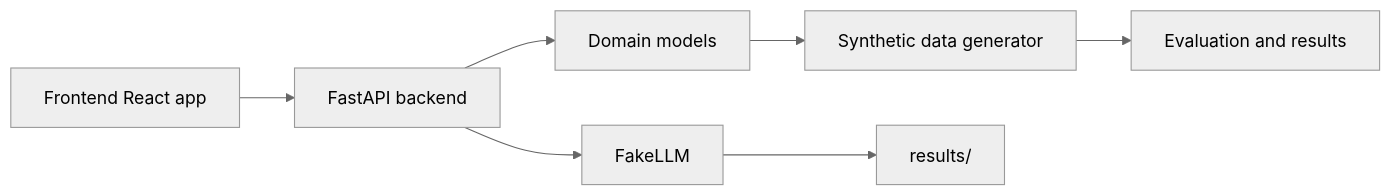
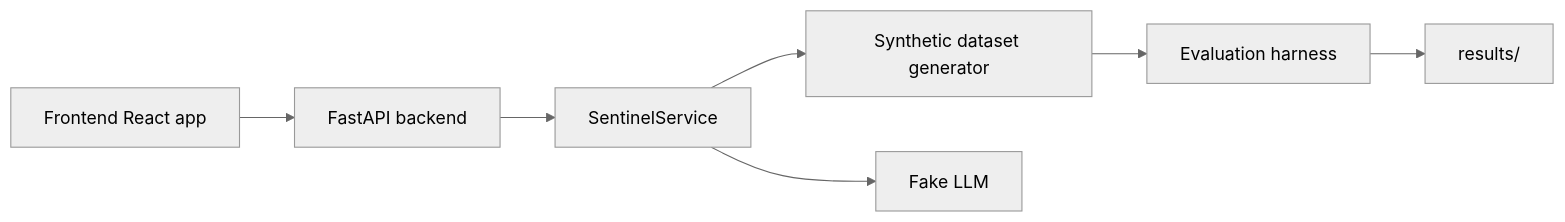
One commit to rohan9521/sentinel changed the diagram in README.md. Above: the diagram before and after it, drawn with Mermaid (neutral theme). The commit also changed other lines of this file and 10 other files, not shown here.

Commit message:
Expand the backend service layer, typed demo API, additional evaluation metrics, and frontend queue hook for the Sentinel project foundation.

````diff
--- a/README.md
+++ b/README.md
@@ -40,9 +27,9 @@
 ```mermaid
 flowchart LR
     A[Frontend React app] --> B[FastAPI backend]
-    B --> C[Domain models]
-    C --> D[Synthetic data generator]
-    D --> E[Evaluation and results]
-    B --> F[FakeLLM]
+    B --> C[SentinelService]
+    C --> D[Synthetic dataset generator]
+    C --> E[Fake LLM]
+    D --> F[Evaluation harness]
     F --> G[results/]
 ```
````
